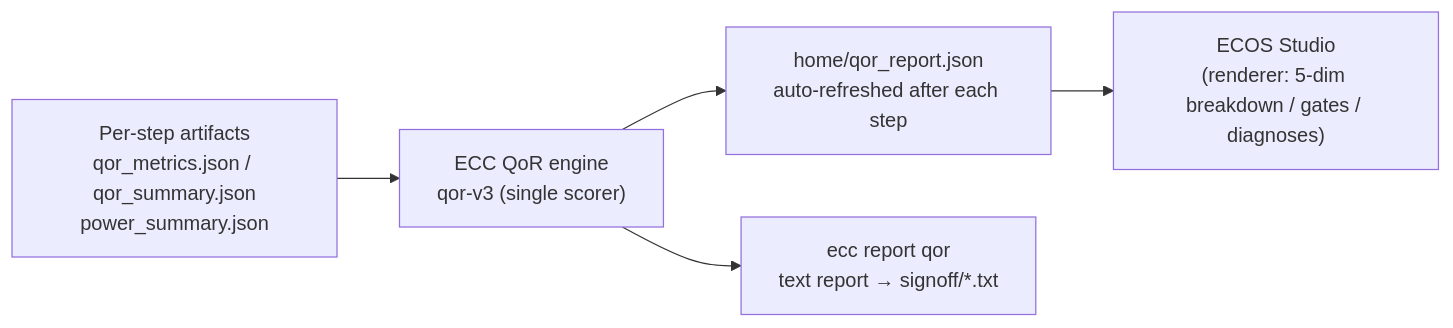
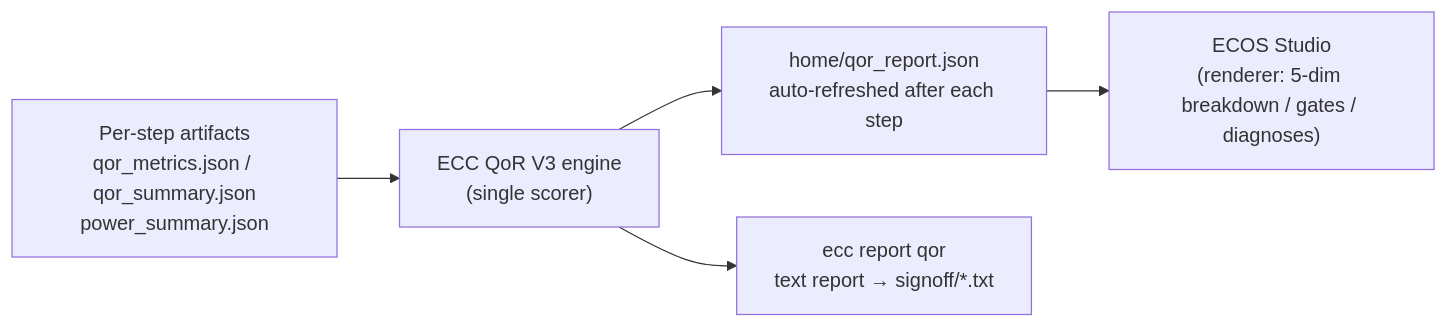
One commit to openecos-projects/ecc changed the diagram in chipcompiler/docs/ecc-qor-ref.en.md. Above: the diagram before and after it, drawn with Mermaid. The commit also changed other lines of this file and 1 other file, not shown here.

Commit message:
docs(qor): unify version naming to V3 and drop internal references

````diff
--- a/chipcompiler/docs/ecc-qor-ref.en.md
+++ b/chipcompiler/docs/ecc-qor-ref.en.md
@@ -11,7 +11,7 @@
 ```mermaid
 graph LR
-    A["Per-step artifacts<br/>qor_metrics.json / qor_summary.json<br/>power_summary.json"] --> B["ECC QoR engine<br/>qor-v3 (single scorer)"]
+    A["Per-step artifacts<br/>qor_metrics.json / qor_summary.json<br/>power_summary.json"] --> B["ECC QoR V3 engine<br/>(single scorer)"]
     B --> C["home/qor_report.json<br/>auto-refreshed after each step"]
     C --> D["ECOS Studio<br/>(renderer: 5-dim breakdown / gates / diagnoses)"]
     B --> E["ecc report qor<br/>text report → signoff/*.txt"]
 ```
````
